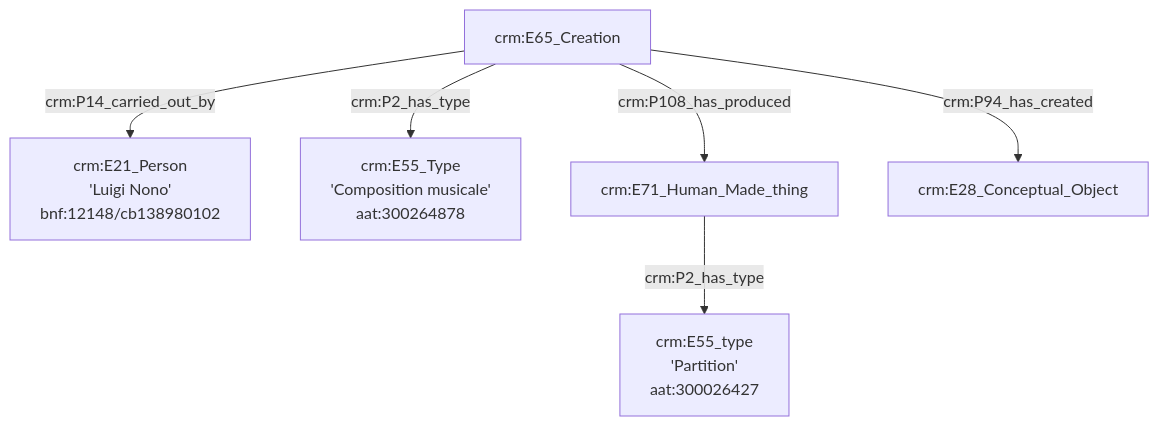
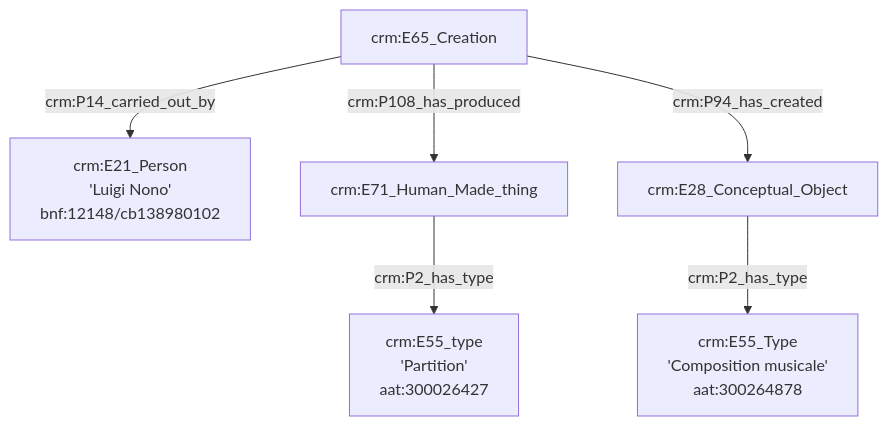
The first of 5 diagrams in Exemple1.md (GusBraud/OntoMatchGameGus), drawn with Mermaid before and after one commit.

````diff
--- a/Exemple1.md
+++ b/Exemple1.md
@@ -3,10 +3,10 @@
 ```mermaid
 graph TD;
 
 A[crm:E65_Creation] --> |crm:P14_carried_out_by| B[crm:E21_Person<br>'Luigi Nono'<br>bnf:12148/cb138980102]
-A[crm:E65_Creation] --> |crm:P2_has_type| C[crm:E55_Type<br>'Composition musicale'<br>aat:300264878]
+G[crm:E28_Conceptual_Object] --> |crm:P2_has_type| C[crm:E55_Type<br>'Composition musicale'<br>aat:300264878]
 A[crm:E65_Creation] --> |crm:P108_has_produced| D[crm:E71_Human_Made_thing]
 D[crm:E71_Human_Made_thing] --> |crm:P2_has_type| E[crm:E55_type<br>'Partition'<br>aat:300026427]
 A[crm:E65_Creation] --> |crm:P94_has_created| G[crm:E28_Conceptual_Object]
 
 ```
````
